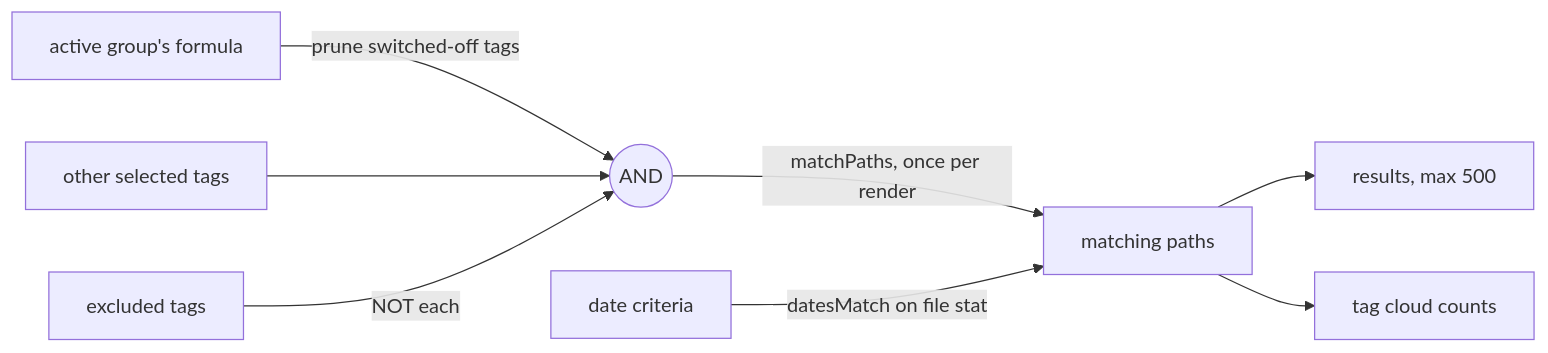
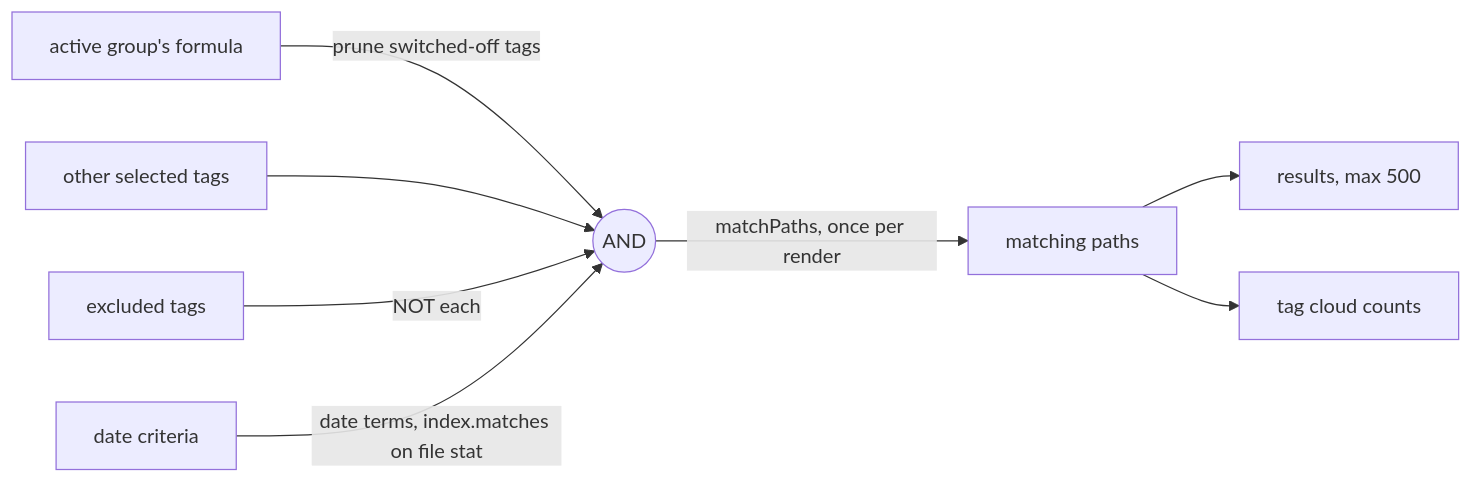
One commit to AlbanMontaigu/obsidian changed the ninth of 10 diagrams in plugins/tag-everything/docs/architecture.md. Above: the diagram before and after it, drawn with Mermaid. The commit also changed other lines of this file and 21 other files, not shown here.

Commit message:
tag-everything 0.35.0: date terms in formulas (created:30d, modified:>1y) for the explorer, groups and query blocks

````diff
--- a/plugins/tag-everything/docs/architecture.md
+++ b/plugins/tag-everything/docs/architecture.md
@@ -254,9 +255,9 @@
 ```mermaid
 flowchart LR
   g[active group's formula] -->|prune switched-off tags| and((AND))
   s[other selected tags] --> and
   x[excluded tags] -->|NOT each| and
   and -->|matchPaths, once per render| m[matching paths]
-  d[date criteria] -->|datesMatch on file stat| m
+  d[date criteria] -->|date terms, index.matches on file stat| and
   m --> r[results, max 500] & c[tag cloud counts]
 ```
````
